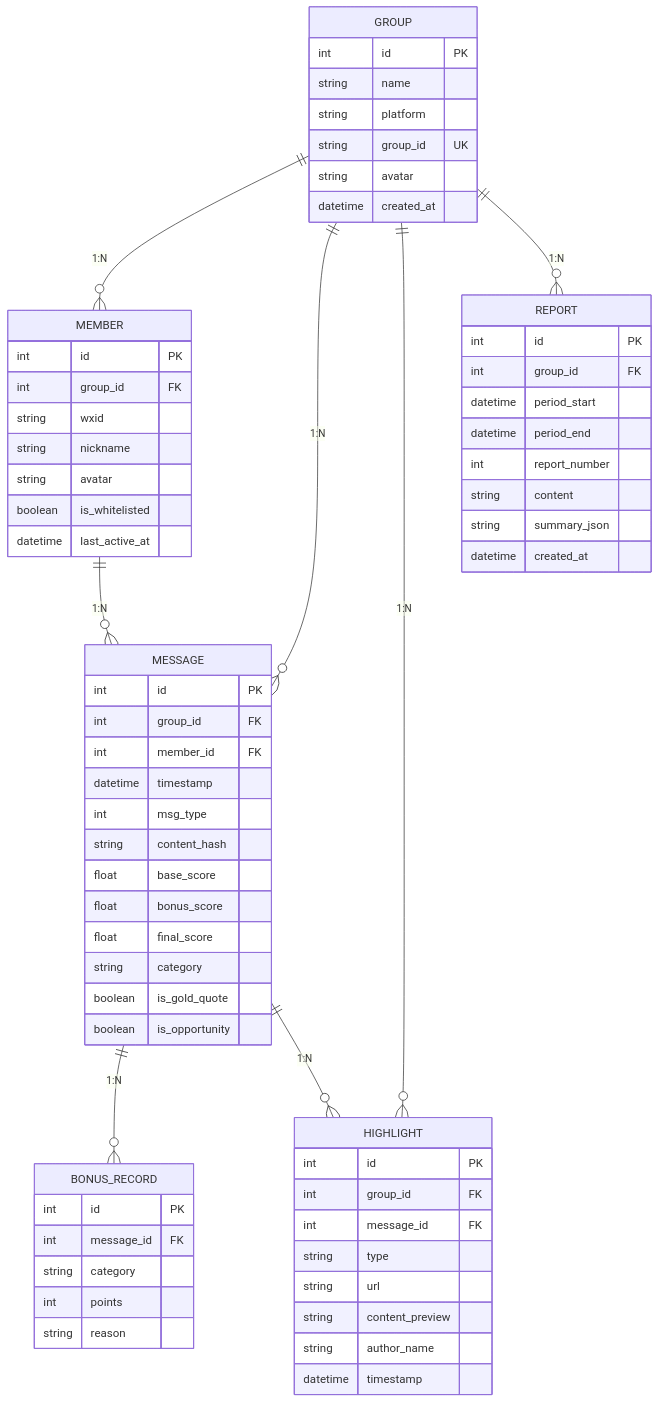
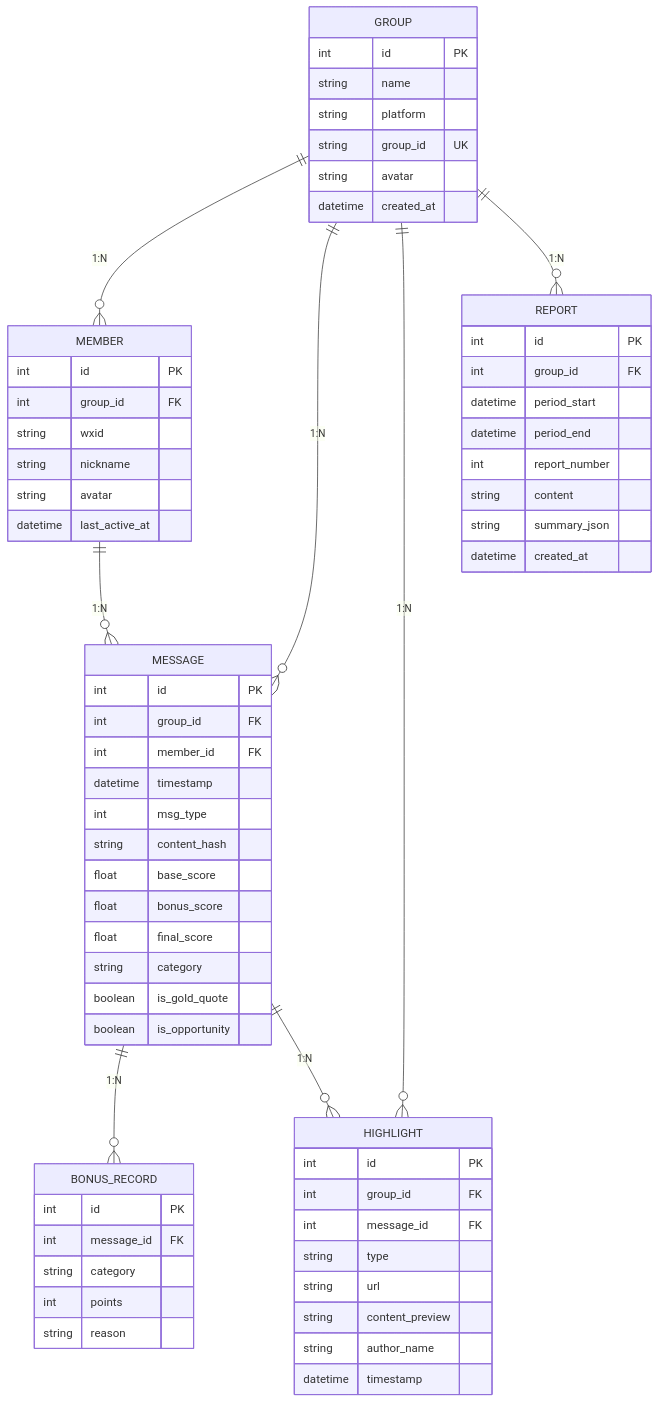
The second of 3 diagrams in docs/技术/系分/系分文档.md (LibreAlchemy/WxGroupReport), drawn with Mermaid before and after one commit. The commit also changed other lines of this file and 28 other files, not shown here.

````diff
--- a/docs/技术/系分/系分文档.md
+++ b/docs/技术/系分/系分文档.md
@@ -407,74 +382,73 @@
 ```mermaid
 erDiagram
     GROUP {
         int id PK
         string name
         string platform
         string group_id UK
         string avatar
         datetime created_at
     }
 
     MEMBER {
         int id PK
         int group_id FK
         string wxid
         string nickname
         string avatar
-        boolean is_whitelisted
         datetime last_active_at
     }
 
     MESSAGE {
         int id PK
         int group_id FK
         int member_id FK
         datetime timestamp
         int msg_type
         string content_hash
         float base_score
         float bonus_score
         float final_score
         string category
         boolean is_gold_quote
         boolean is_opportunity
     }
 
     HIGHLIGHT {
         int id PK
         int group_id FK
         int message_id FK
         string type
         string url
         string content_preview
         string author_name
         datetime timestamp
     }
 
     REPORT {
         int id PK
         int group_id FK
         datetime period_start
         datetime period_end
         int report_number
         string content
         string summary_json
         datetime created_at
     }
 
     BONUS_RECORD {
         int id PK
         int message_id FK
         string category
         int points
         string reason
     }
 
     GROUP ||--o{ MEMBER : "1:N"
     GROUP ||--o{ MESSAGE : "1:N"
     GROUP ||--o{ HIGHLIGHT : "1:N"
     GROUP ||--o{ REPORT : "1:N"
     MEMBER ||--o{ MESSAGE : "1:N"
     MESSAGE ||--o{ BONUS_RECORD : "1:N"
     MESSAGE ||--o{ HIGHLIGHT : "1:N"
 ```
````
